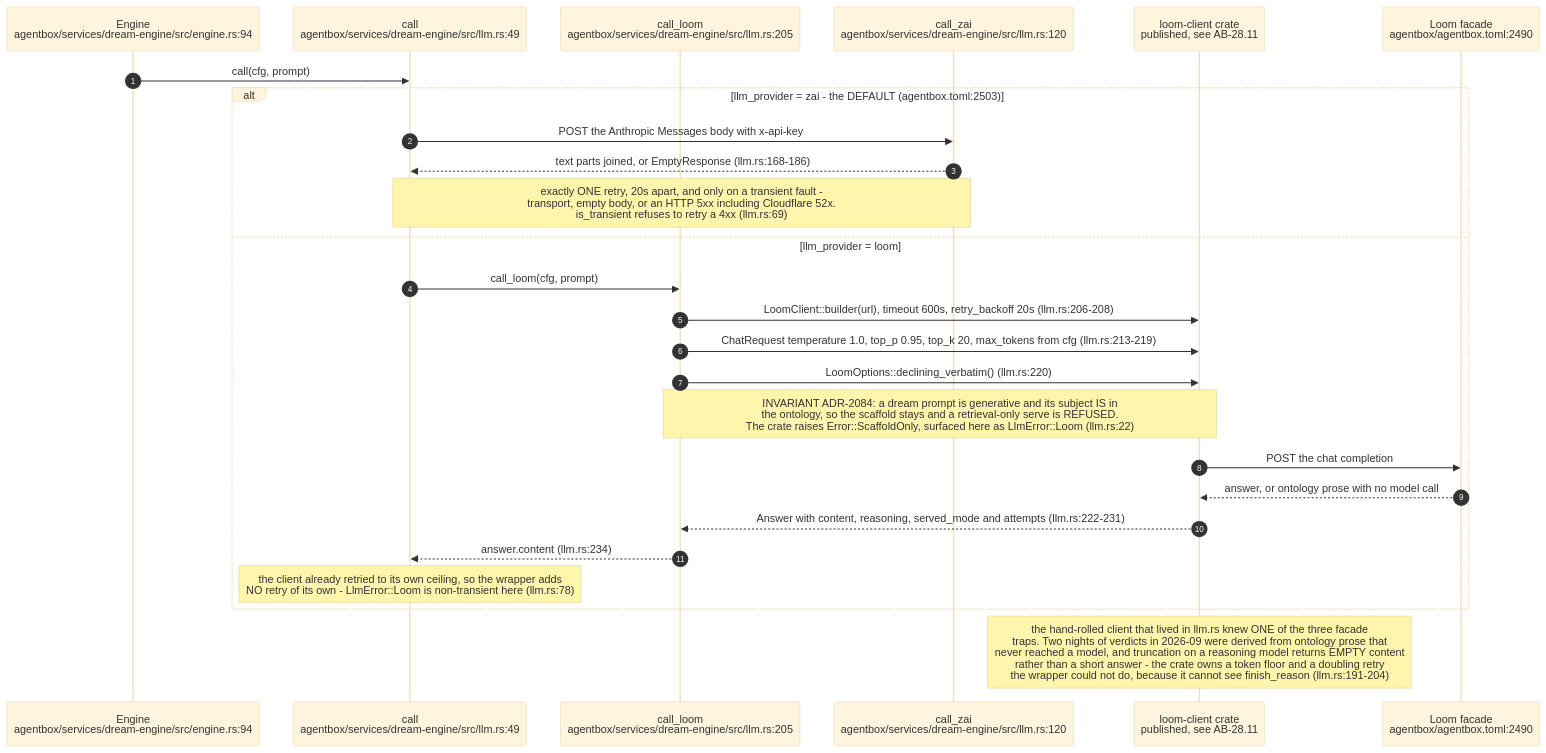
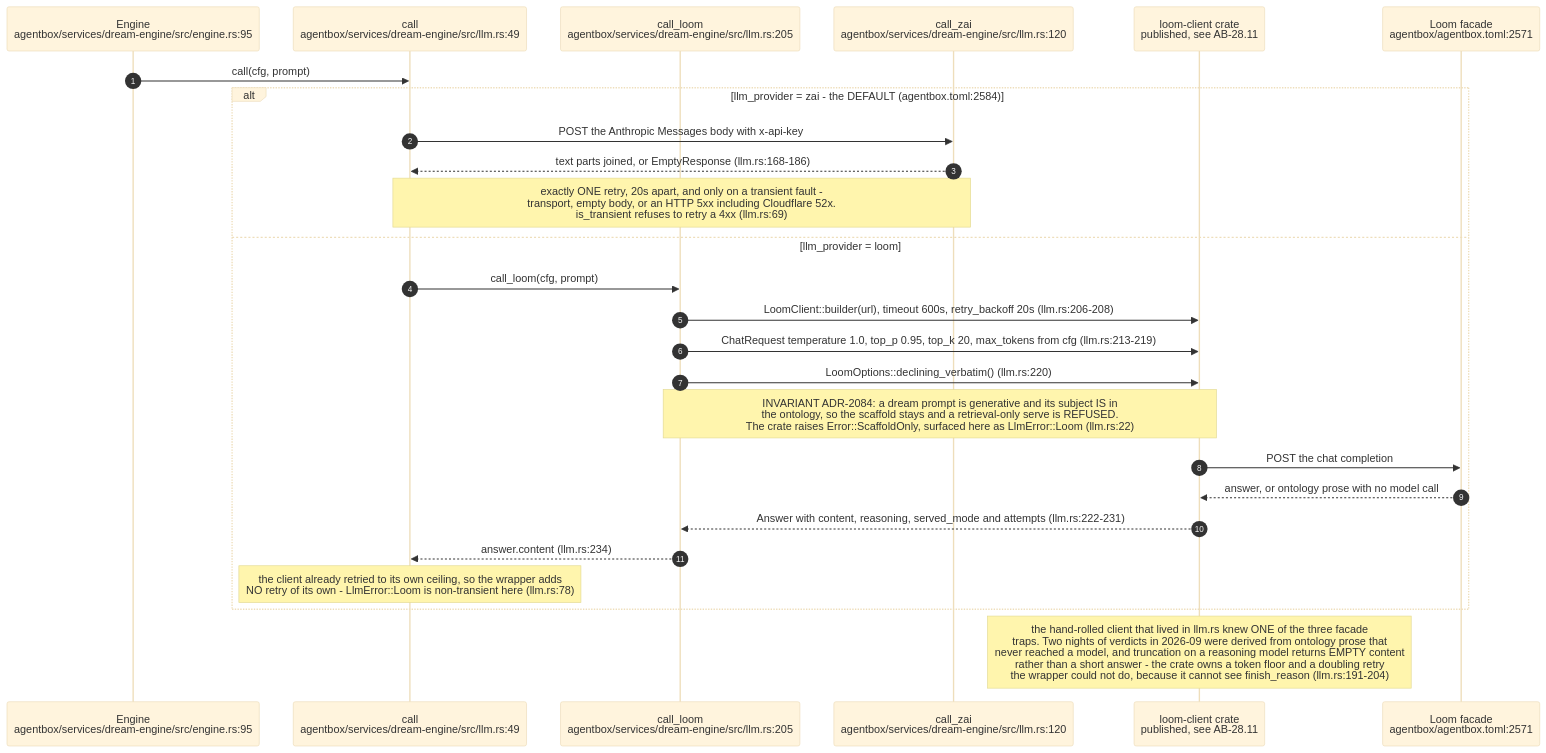
Before and after one commit to DreamLab-AI/VisionFlow: diagram 15 of 22 in docs/diagrams/agentbox/23-dream-engine.md, drawn with Mermaid (base theme). The commit also changed other lines of this file and 160 other files, not shown here.

````diff
--- a/docs/diagrams/agentbox/23-dream-engine.md
+++ b/docs/diagrams/agentbox/23-dream-engine.md
@@ -780,29 +799,29 @@
 ```mermaid
 sequenceDiagram
     autonumber
-    participant ENG as Engine<br/>agentbox/services/dream-engine/src/engine.rs:94
+    participant ENG as Engine<br/>agentbox/services/dream-engine/src/engine.rs:95
     participant CALL as call<br/>agentbox/services/dream-engine/src/llm.rs:49
     participant LOOM as call_loom<br/>agentbox/services/dream-engine/src/llm.rs:205
     participant ZAI as call_zai<br/>agentbox/services/dream-engine/src/llm.rs:120
     participant CRATE as loom-client crate<br/>published, see AB-28.11
-    participant F as Loom facade<br/>agentbox/agentbox.toml:2490
+    participant F as Loom facade<br/>agentbox/agentbox.toml:2571
 
     ENG->>CALL: call(cfg, prompt)
-    alt llm_provider = zai - the DEFAULT (agentbox.toml:2503)
+    alt llm_provider = zai - the DEFAULT (agentbox.toml:2584)
         CALL->>ZAI: POST the Anthropic Messages body with x-api-key
         ZAI-->>CALL: text parts joined, or EmptyResponse (llm.rs:168-186)
         Note over CALL,ZAI: exactly ONE retry, 20s apart, and only on a transient fault -<br/>transport, empty body, or an HTTP 5xx including Cloudflare 52x.<br/>is_transient refuses to retry a 4xx (llm.rs:69)
     else llm_provider = loom
         CALL->>LOOM: call_loom(cfg, prompt)
         LOOM->>CRATE: LoomClient::builder(url), timeout 600s, retry_backoff 20s (llm.rs:206-208)
         LOOM->>CRATE: ChatRequest temperature 1.0, top_p 0.95, top_k 20, max_tokens from cfg (llm.rs:213-219)
         LOOM->>CRATE: LoomOptions::declining_verbatim() (llm.rs:220)
         Note over LOOM,CRATE: INVARIANT ADR-2084: a dream prompt is generative and its subject IS in<br/>the ontology, so the scaffold stays and a retrieval-only serve is REFUSED.<br/>The crate raises Error::ScaffoldOnly, surfaced here as LlmError::Loom (llm.rs:22)
         CRATE->>F: POST the chat completion
         F-->>CRATE: answer, or ontology prose with no model call
         CRATE-->>LOOM: Answer with content, reasoning, served_mode and attempts (llm.rs:222-231)
         LOOM-->>CALL: answer.content (llm.rs:234)
         Note over CALL: the client already retried to its own ceiling, so the wrapper adds<br/>NO retry of its own - LlmError::Loom is non-transient here (llm.rs:78)
     end
     Note over CRATE: the hand-rolled client that lived in llm.rs knew ONE of the three facade<br/>traps. Two nights of verdicts in 2026-09 were derived from ontology prose that<br/>never reached a model, and truncation on a reasoning model returns EMPTY content<br/>rather than a short answer - the crate owns a token floor and a doubling retry<br/>the wrapper could not do, because it cannot see finish_reason (llm.rs:191-204)
 ```
````
